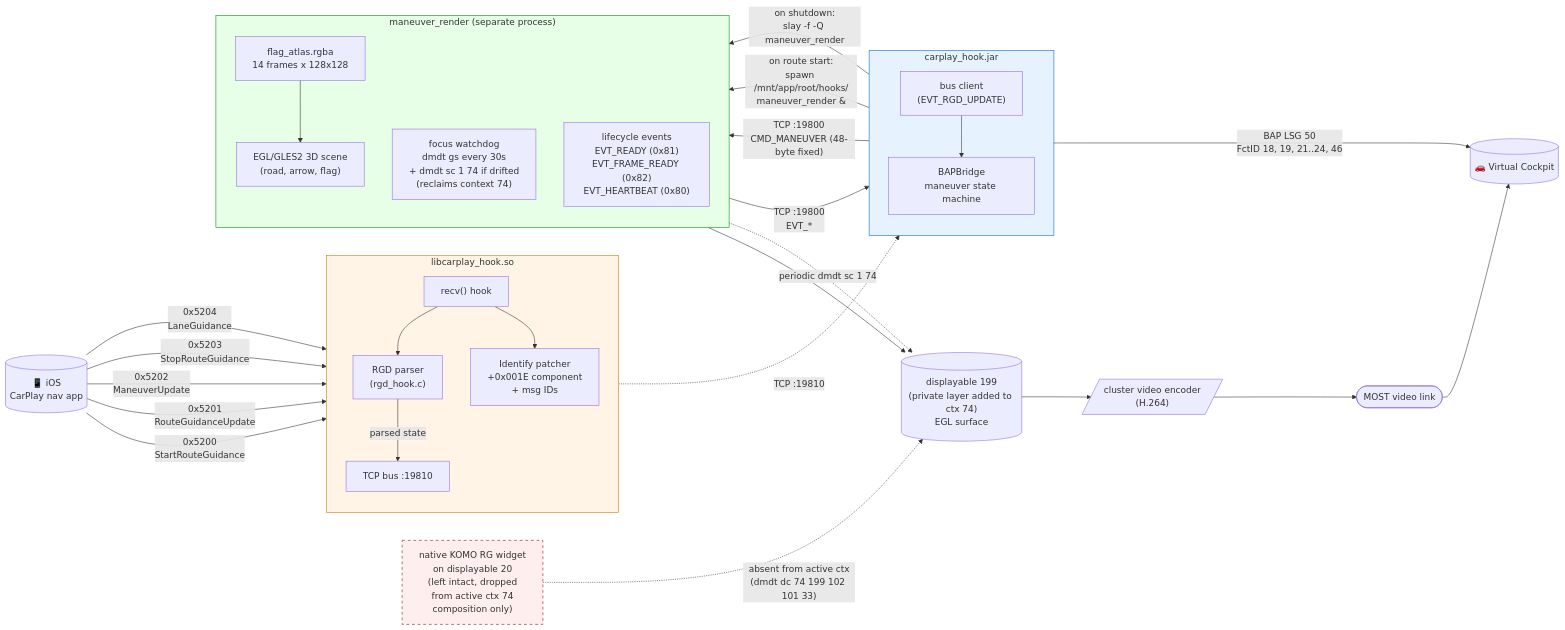
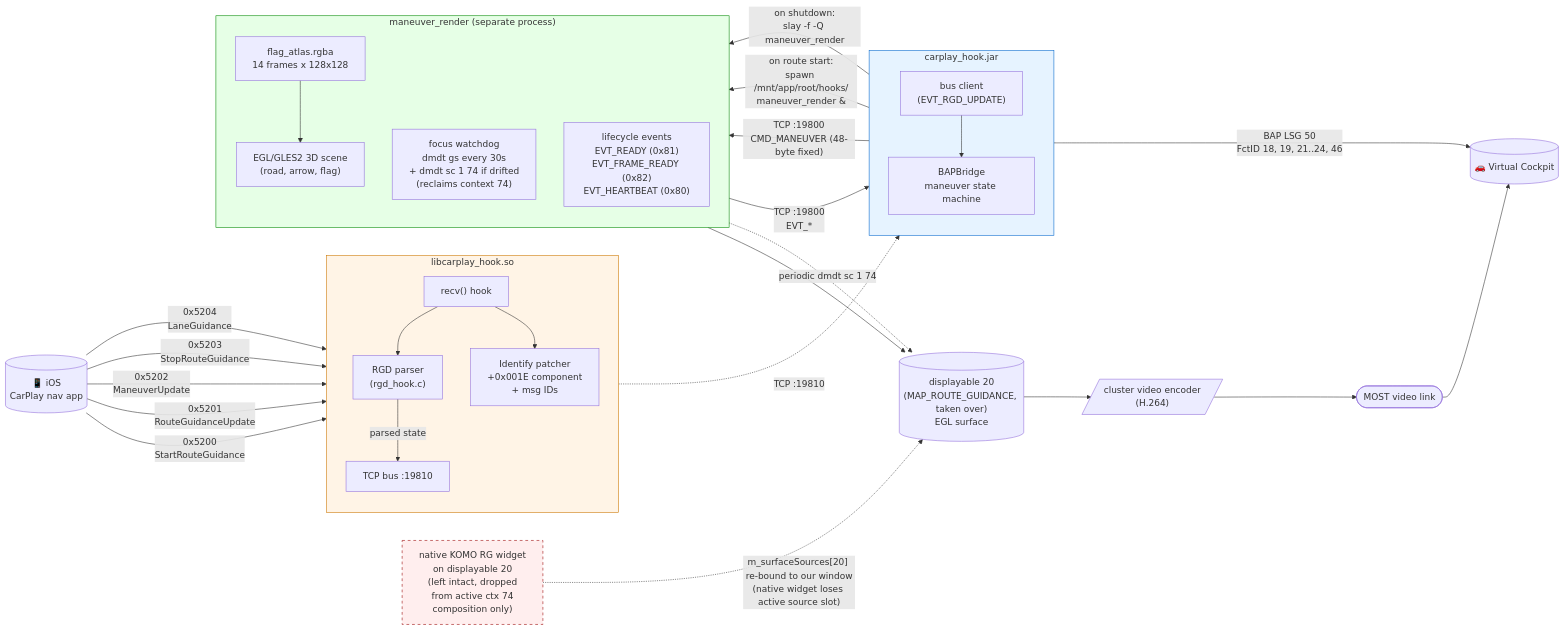
Before and after one commit to luka-dev/mib2q-carplay-rgi: the third of 9 diagrams in README.md, drawn with Mermaid. The commit also changed other lines of this file and 6 other files, not shown here.

Commit message:
refactor: take over native displayable 20 for improved cluster context management

````diff
--- a/README.md
+++ b/README.md
@@ -289,61 +281,61 @@
 ```mermaid
 flowchart LR
     iOS[("📱 iOS<br/>CarPlay nav app")]
 
     subgraph hookbox["libcarplay_hook.so"]
         direction TB
         recv["recv() hook"]
         rgd["RGD parser<br/>(rgd_hook.c)"]
         idpatch["Identify patcher<br/>+0x001E component<br/>+ msg IDs"]
         bus["TCP bus :19810"]
     end
 
     subgraph javabox["carplay_hook.jar"]
         direction TB
         bridge["BAPBridge<br/>maneuver state machine"]
         bus_cli["bus client<br/>(EVT_RGD_UPDATE)"]
     end
 
     subgraph rendbox["maneuver_render (separate process)"]
         direction TB
         atlas["flag_atlas.rgba<br/>14 frames x 128x128"]
         render["EGL/GLES2 3D scene<br/>(road, arrow, flag)"]
         wd["focus watchdog<br/>dmdt gs every 30s<br/>+ dmdt sc 1 74 if drifted<br/>(reclaims context 74)"]
         ready["lifecycle events<br/>EVT_READY (0x81)<br/>EVT_FRAME_READY (0x82)<br/>EVT_HEARTBEAT (0x80)"]
     end
 
-    surf[("displayable 199<br/>(private layer added to ctx 74)<br/>EGL surface")]
+    surf[("displayable 20<br/>(MAP_ROUTE_GUIDANCE, taken over)<br/>EGL surface")]
     enc[/"cluster video encoder<br/>(H.264)"/]
     most([MOST video link])
     vc[("🚗 Virtual Cockpit")]
     native["native KOMO RG widget<br/>on displayable 20<br/>(left intact, dropped<br/>from active ctx 74<br/>composition only)"]:::stock
 
     iOS -->|"0x5200<br/>StartRouteGuidance"| recv
     iOS -->|"0x5201<br/>RouteGuidanceUpdate"| recv
     iOS -->|"0x5202<br/>ManeuverUpdate"| recv
     iOS -->|"0x5203<br/>StopRouteGuidance"| recv
     iOS -->|"0x5204<br/>LaneGuidance"| recv
 
     recv --> rgd
     recv --> idpatch
     rgd -->|"parsed state"| bus
     bus -.->|"TCP :19810"| bus_cli
     bus_cli --> bridge
 
     bridge -->|"on route start:<br/>spawn /mnt/app/root/hooks/<br/>maneuver_render &"| rendbox
     bridge -->|"on shutdown:<br/>slay -f -Q maneuver_render"| rendbox
     bridge -->|"TCP :19800<br/>CMD_MANEUVER (48-byte fixed)"| render
     ready -->|"TCP :19800<br/>EVT_*"| bridge
     bridge -->|"BAP LSG 50<br/>FctID 18, 19, 21..24, 46"| vc
 
     atlas --> render
     render --> surf
     surf --> enc --> most --> vc
     wd -. "periodic dmdt sc 1 74" .-> surf
-    native -. "absent from active ctx<br/>(dmdt dc 74 199 102 101 33)" .-> surf
+    native -. "m_surfaceSources[20] re-bound to our window<br/>(native widget loses active source slot)" .-> surf
 
     classDef stock fill:#fee,stroke:#900,stroke-dasharray: 5 5
     style hookbox fill:#fff4e6,stroke:#cc7700
     style javabox fill:#e6f3ff,stroke:#0066cc
     style rendbox fill:#e6ffe6,stroke:#008800
 ```
````
